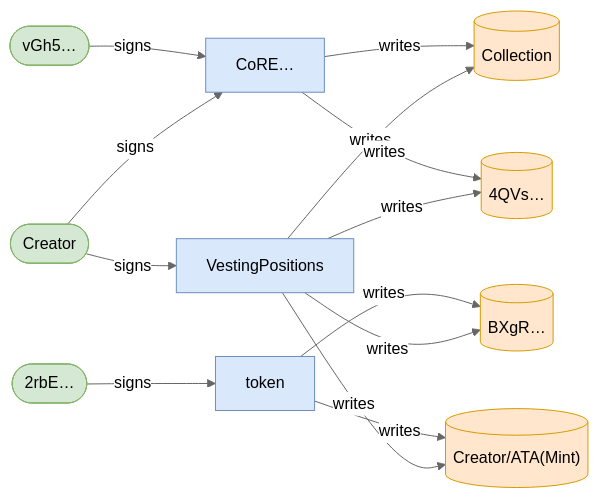
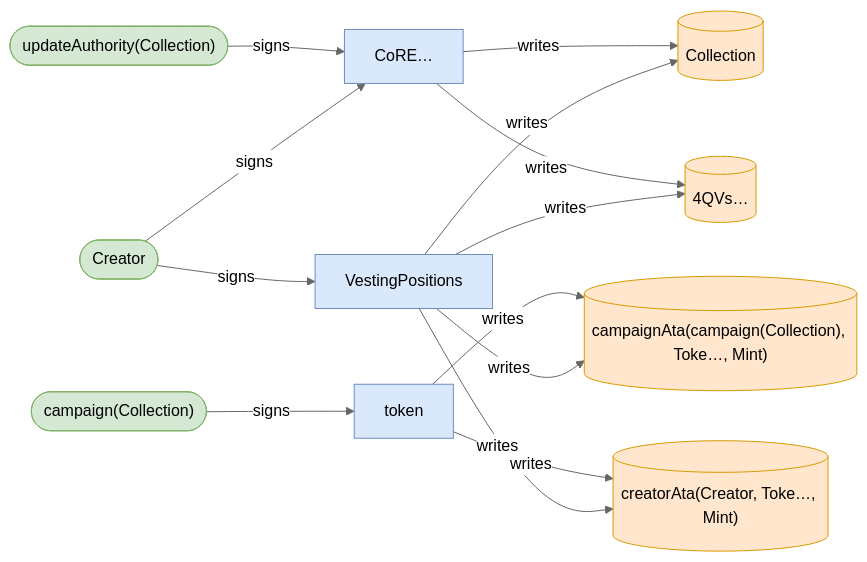
Before and after one commit to cds-turbin3/vesting-position: the eighth of 12 diagrams in babelfish-tests/test-report/exclude_asset_burns_position.md, drawn with Mermaid (neutral theme). The commit also changed other lines of this file and 51 other files, not shown here.

````diff
--- a/babelfish-tests/test-report/exclude_asset_burns_position.md
+++ b/babelfish-tests/test-report/exclude_asset_burns_position.md
@@ -417,28 +358,28 @@
 ```mermaid
 flowchart LR
     VestingPositions["VestingPositions"]:::program
     Creator(["Creator"]):::signer
     Collection[("Collection")]:::state
     4QVs[("4QVs…")]:::state
-    BXgR[("BXgR…")]:::state
-    CreatorATAMint[("Creator/ATA(Mint)")]:::state
+    campaignAtacampaignCollectionTokeMint[("campaignAta(campaign(Collection), Toke…, Mint)")]:::state
+    creatorAtaCreatorTokeMint[("creatorAta(Creator, Toke…, Mint)")]:::state
     CoRE["CoRE…"]:::program
-    vGh5(["vGh5…"]):::signer
+    updateAuthorityCollection(["updateAuthority(Collection)"]):::signer
     token["token"]:::program
-    2rbE(["2rbE…"]):::signer
+    campaignCollection(["campaign(Collection)"]):::signer
     Creator -->|signs| VestingPositions
     VestingPositions -->|writes| Collection
     VestingPositions -->|writes| 4QVs
-    VestingPositions -->|writes| BXgR
-    VestingPositions -->|writes| CreatorATAMint
+    VestingPositions -->|writes| campaignAtacampaignCollectionTokeMint
+    VestingPositions -->|writes| creatorAtaCreatorTokeMint
     CoRE -->|writes| 4QVs
     CoRE -->|writes| Collection
     Creator -->|signs| CoRE
-    vGh5 -->|signs| CoRE
-    token -->|writes| BXgR
-    token -->|writes| CreatorATAMint
-    2rbE -->|signs| token
+    updateAuthorityCollection -->|signs| CoRE
+    token -->|writes| campaignAtacampaignCollectionTokeMint
+    token -->|writes| creatorAtaCreatorTokeMint
+    campaignCollection -->|signs| token
     classDef program fill:#dae8fc,stroke:#6c8ebf;
     classDef signer fill:#d5e8d4,stroke:#82b366;
     classDef state fill:#ffe6cc,stroke:#d79b00;
 ```
````
